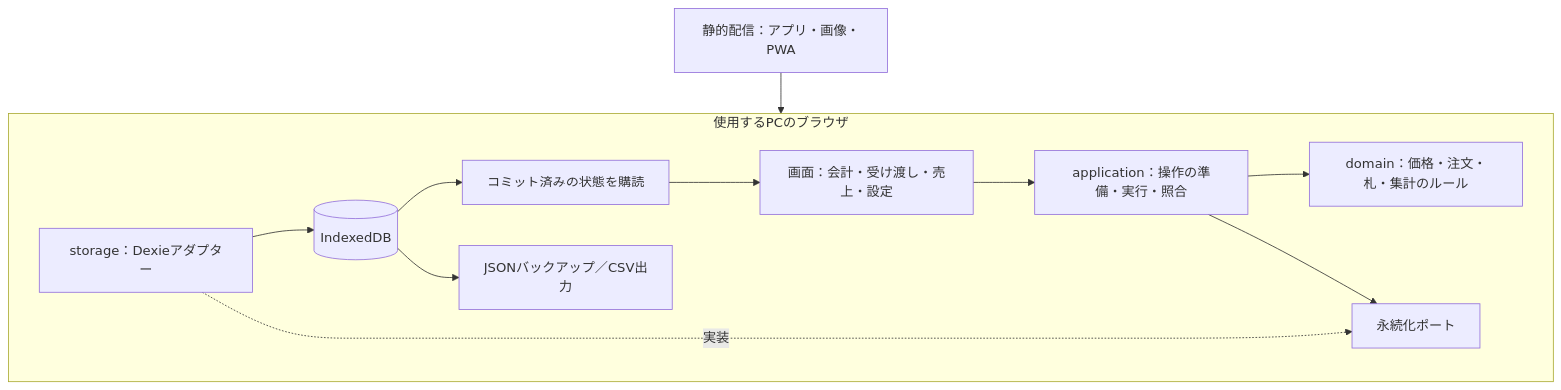
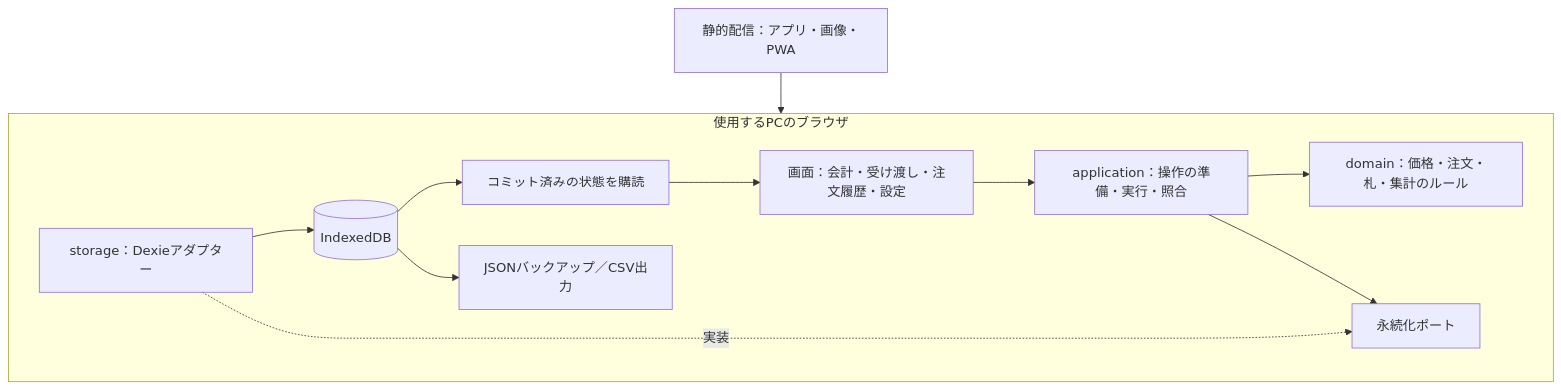
One commit to 97kuek/yakitoriningen changed the diagram in docs/architecture.md. Above: the diagram before and after it, drawn with Mermaid. The commit also changed 5 other files, not shown here.

````diff
--- a/docs/architecture.md
+++ b/docs/architecture.md
@@ -9,14 +9,14 @@
 ```mermaid
 flowchart TD
     host["静的配信：アプリ・画像・PWA"] --> browser
     subgraph browser[使用するPCのブラウザ]
-        ui["画面：会計・受け渡し・売上・設定"] --> application["application：操作の準備・実行・照合"]
+        ui["画面：会計・受け渡し・注文履歴・設定"] --> application["application：操作の準備・実行・照合"]
         application --> domain["domain：価格・注文・札・集計のルール"]
         application --> ports["永続化ポート"]
         adapter["storage：Dexieアダプター"] -. 実装 .-> ports
         adapter --> db[(IndexedDB)]
         db --> committed["コミット済みの状態を購読"]
         committed --> ui
         db --> backup["JSONバックアップ／CSV出力"]
     end
 ```
````
